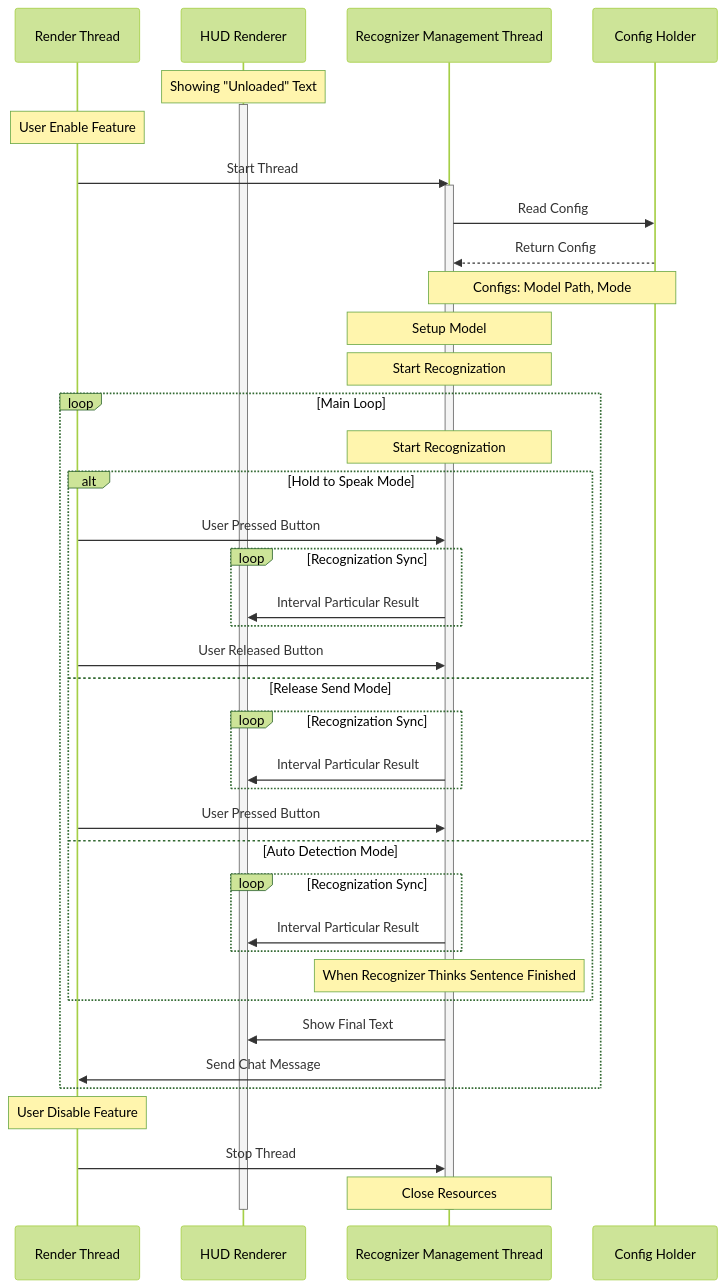
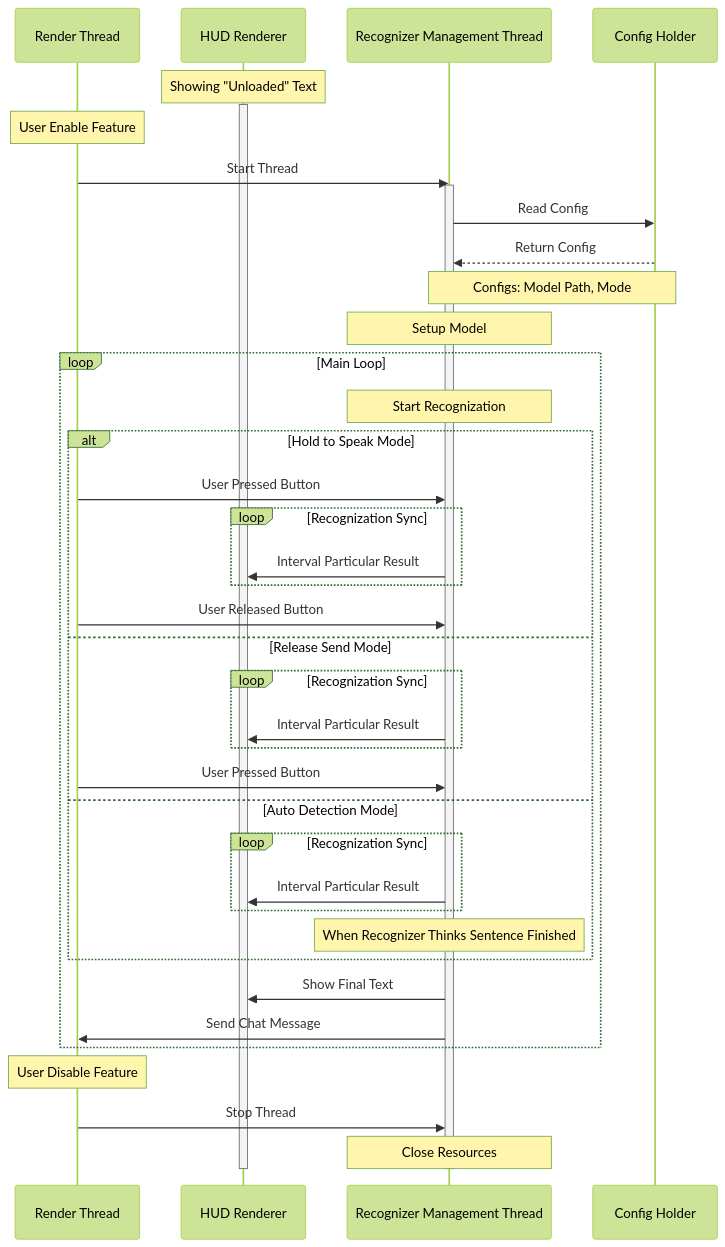
Before and after one commit to Yuang114514/SimpleTextChat: the diagram in README.md, drawn with Mermaid (forest theme). The commit also changed 14 other files, not shown here.

````diff
--- a/README.md
+++ b/README.md
@@ -27,50 +27,49 @@
 ```mermaid
 sequenceDiagram
     participant a as Render Thread
     participant h as HUD Renderer
     participant b as Recognizer Management Thread
     participant c as Config Holder
     
     Note over h: Showing "Unloaded" Text
     activate h
     
     Note over a: User Enable Feature
     a ->> b: Start Thread
     activate b
     b ->> c: Read Config
     c -->> b: Return Config
     Note over b,c: Configs: Model Path, Mode
     Note over b: Setup Model
-    Note over b: Start Recognization
     
     loop Main Loop
         Note over b: Start Recognization
         alt Hold to Speak Mode 
             a ->> b: User Pressed Button
             loop Recognization Sync
                 b ->> h: Interval Particular Result
             end
             a ->> b: User Released Button
         else Release Send Mode
             loop Recognization Sync
                 b ->> h: Interval Particular Result
             end
             a ->> b: User Pressed Button
         else Auto Detection Mode
             loop Recognization Sync
                 b ->> h: Interval Particular Result
             end
             Note over b: When Recognizer Thinks Sentence Finished
         end
         
         b ->> h: Show Final Text
         b ->> a: Send Chat Message
     end
     
     Note over a: User Disable Feature
     a ->> b: Stop Thread
     Note over b: Close Resources
     deactivate b
     
     deactivate h
 ```
````
